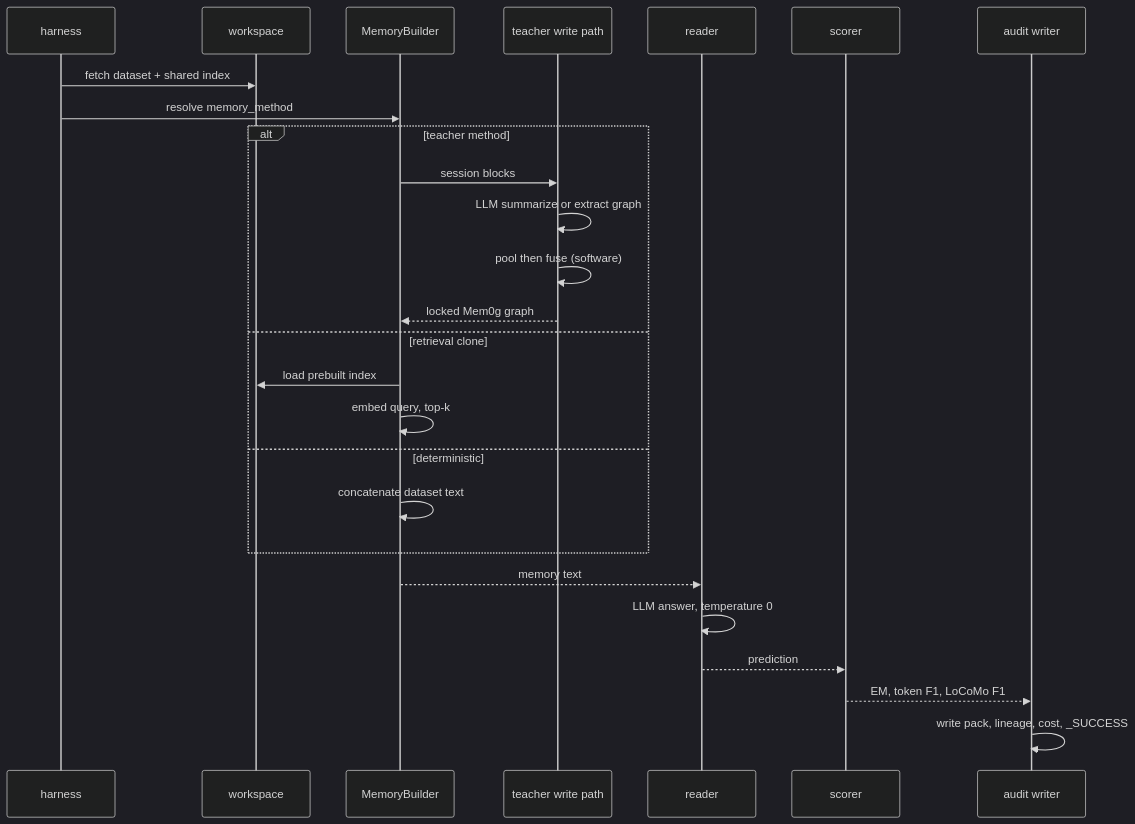
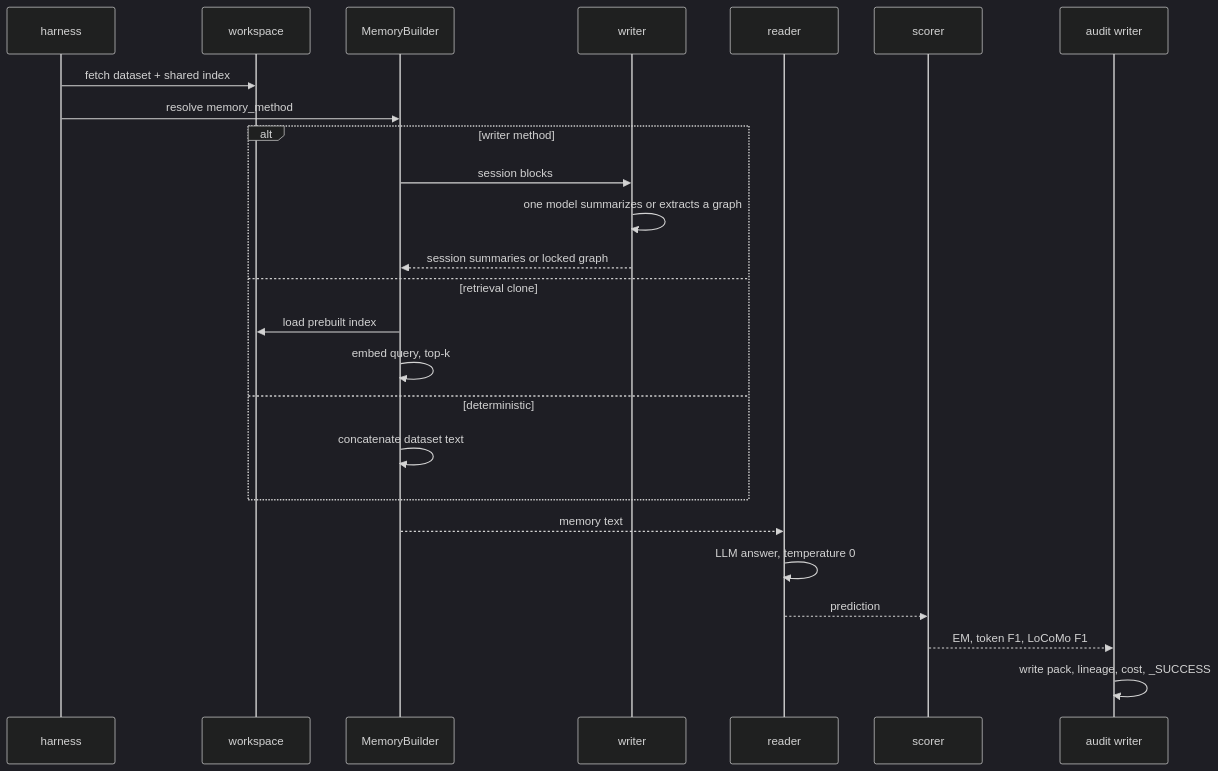
One commit to park-jsdev/long-term-memory-eval changed the eighth of 12 diagrams in README.md. Above: the diagram before and after it, drawn with Mermaid (dark theme). The commit also changed other lines of this file and 213 other files, not shown here.

````diff
--- a/README.md
+++ b/README.md
@@ -383,29 +392,28 @@
 ```mermaid
 sequenceDiagram
   participant H as harness
   participant WS as workspace
   participant MB as MemoryBuilder
-  participant TW as teacher write path
+  participant TW as writer
   participant RD as reader
   participant SC as scorer
   participant AW as audit writer
 
   H->>WS: fetch dataset + shared index
   H->>MB: resolve memory_method
-  alt teacher method
+  alt writer method
     MB->>TW: session blocks
-    TW->>TW: LLM summarize or extract graph
-    TW->>TW: pool then fuse (software)
-    TW-->>MB: locked Mem0g graph
+    TW->>TW: one model summarizes or extracts a graph
+    TW-->>MB: session summaries or locked graph
   else retrieval clone
     MB->>WS: load prebuilt index
     MB->>MB: embed query, top-k
   else deterministic
     MB->>MB: concatenate dataset text
   end
   MB-->>RD: memory text
   RD->>RD: LLM answer, temperature 0
   RD-->>SC: prediction
   SC-->>AW: EM, token F1, LoCoMo F1
   AW->>AW: write pack, lineage, cost, _SUCCESS
 ```
````
